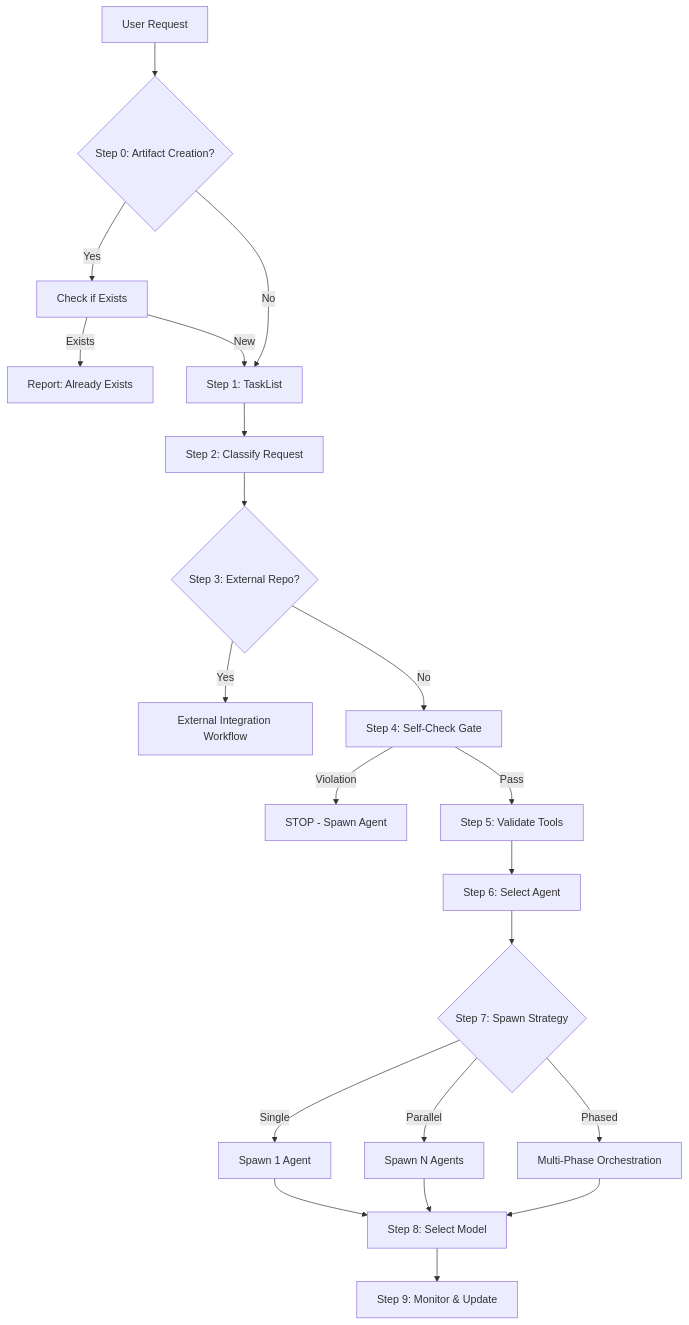
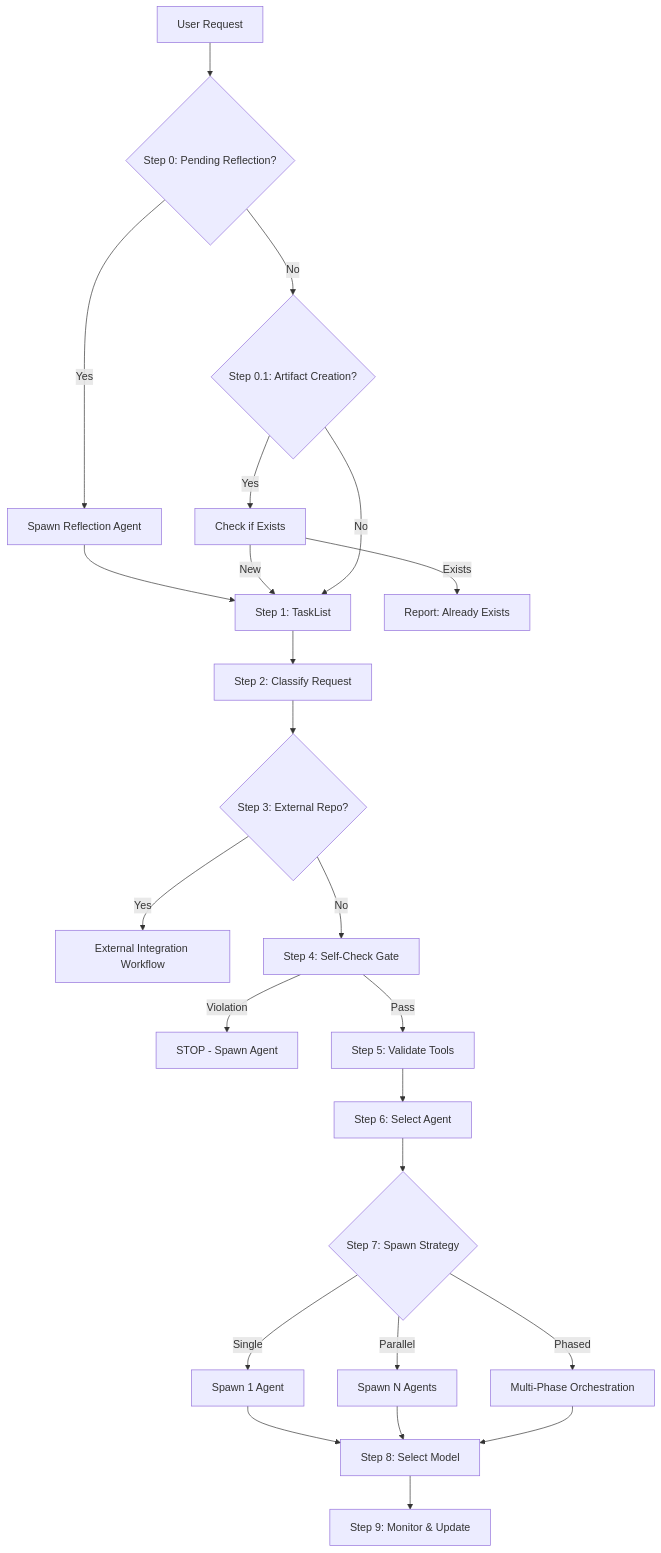
One commit to oimiragieo/LLM-RULES changed the diagram in .claude/workflows/core/router-decision.md. Above: the diagram before and after it, drawn with Mermaid. The commit also changed other lines of this file and 29 other files, not shown here.

````diff
--- a/.claude/workflows/core/router-decision.md
+++ b/.claude/workflows/core/router-decision.md
@@ -32,23 +32,26 @@
 ```mermaid
 flowchart TD
-    A[User Request] --> B{Step 0: Artifact Creation?}
+    A[User Request] --> B0{Step 0: Pending Reflection?}
+    B0 -->|Yes| C0[Spawn Reflection Agent]
+    C0 --> E
+    B0 -->|No| B{Step 0.1: Artifact Creation?}
     B -->|Yes| C[Check if Exists]
     C -->|Exists| D[Report: Already Exists]
     C -->|New| E[Step 1: TaskList]
     B -->|No| E
     E --> F[Step 2: Classify Request]
     F --> G{Step 3: External Repo?}
     G -->|Yes| H[External Integration Workflow]
     G -->|No| I[Step 4: Self-Check Gate]
     I -->|Violation| J[STOP - Spawn Agent]
     I -->|Pass| K[Step 5: Validate Tools]
     K --> L[Step 6: Select Agent]
     L --> M{Step 7: Spawn Strategy}
     M -->|Single| N[Spawn 1 Agent]
     M -->|Parallel| O[Spawn N Agents]
     M -->|Phased| P[Multi-Phase Orchestration]
     N --> Q[Step 8: Select Model]
     O --> Q
     P --> Q
     Q --> R[Step 9: Monitor & Update]
 ```
````
